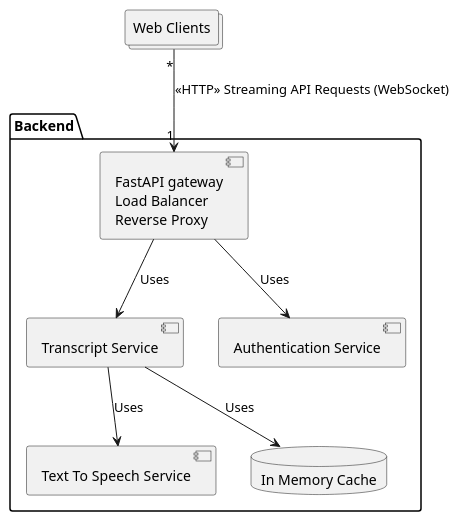
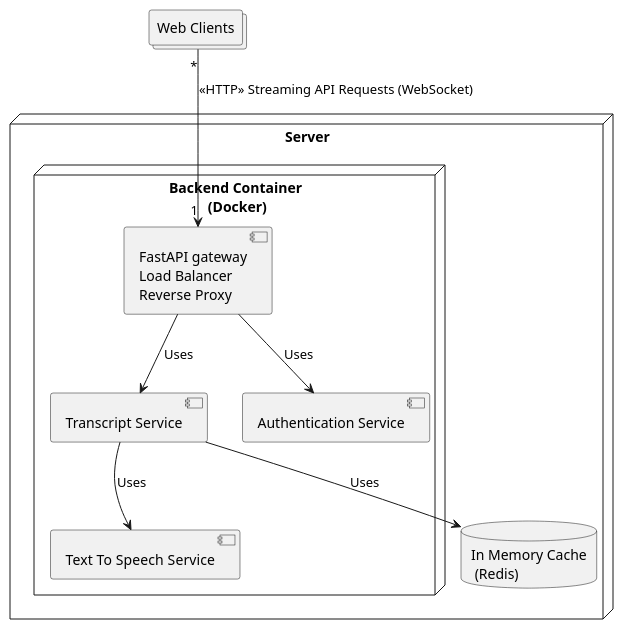
Before and after one commit to SverreNystad/danish-stt: the diagram in docs/architecture/deployment-diagram.puml, drawn with PlantUML.

Commit message:
docs: changed uml

```diff
--- a/docs/architecture/deployment-diagram.puml
+++ b/docs/architecture/deployment-diagram.puml
@@ -1,23 +1,26 @@
 @startuml
 
 ' Define the components
-package "Backend" as API {
-    component "FastAPI gateway\nLoad Balancer\nReverse Proxy" as FastAPIApp
-    component "Text To Speech Service" as TTSService
-    component "Transcript Service" as TranscriptService
-    database "In Memory Cache" as Cache
-    component "Authentication Service" as AuthService
+node "Server" as API {
+    node "Backend Container\n (Docker)" as DockerImage {
+        component "FastAPI gateway\nLoad Balancer\nReverse Proxy" as FastAPIApp
+        component "Text To Speech Service" as TTSService
+        component "Transcript Service" as TranscriptService
+        component "Authentication Service" as AuthService
+    }
+    database "In Memory Cache\n (Redis)" as Cache
+
 }
 
 collections "Web Clients" as WebClient
 
 
 FastAPIApp -down-> TranscriptService : Uses
 FastAPIApp -down-> AuthService : Uses
 
 TranscriptService -down-> TTSService : Uses
 TranscriptService -down-> Cache : Uses
 
 WebClient "*" -down-> "1" FastAPIApp : <<HTTP>> Streaming API Requests (WebSocket)
 
 @enduml
```
